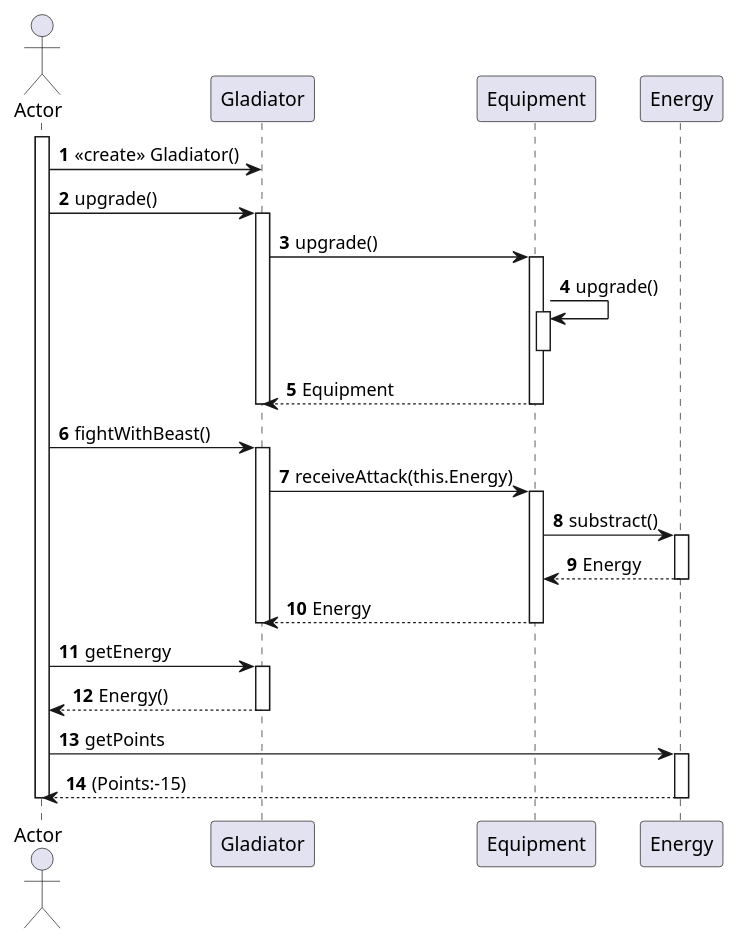
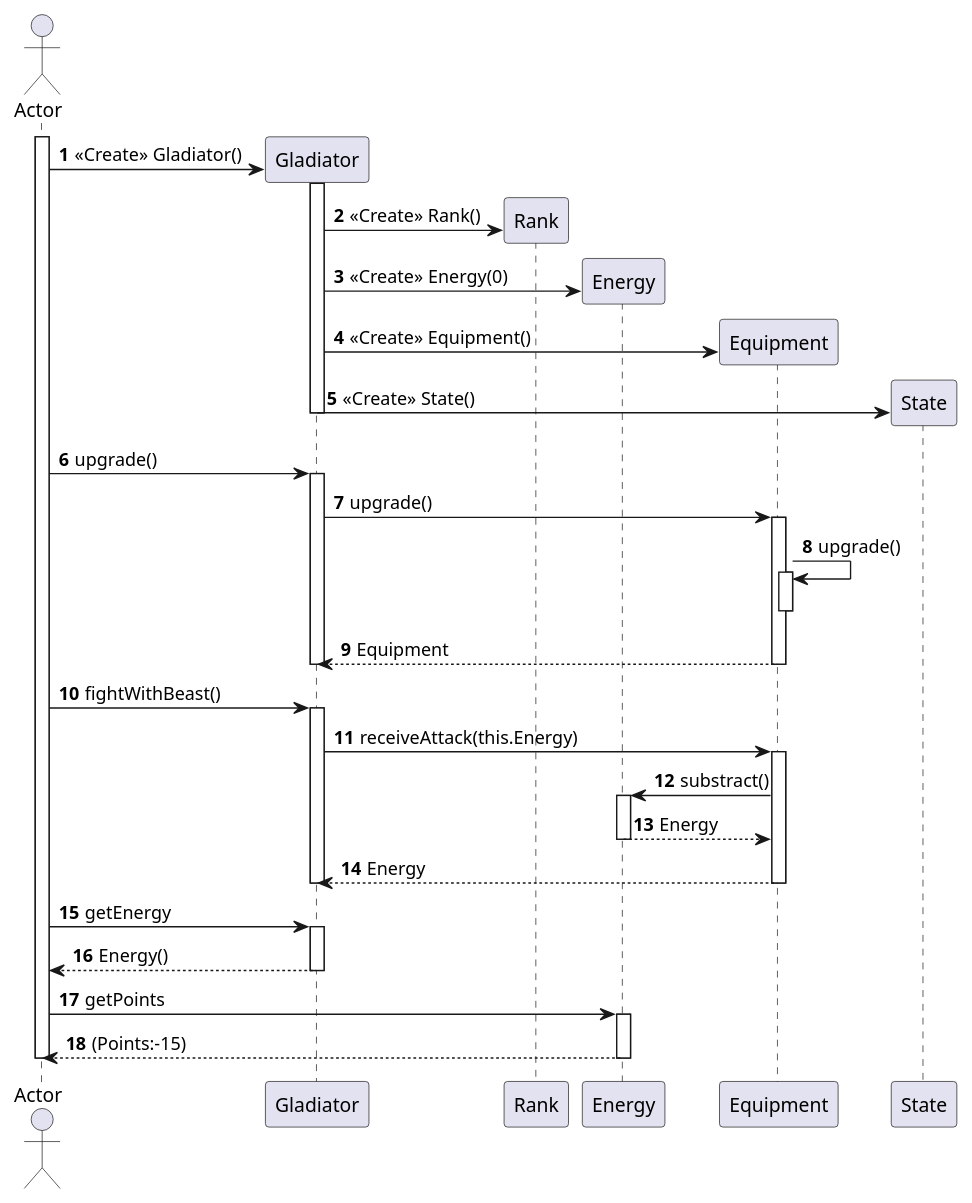
One commit to PabloGCH/tp2-algo3 changed the diagram in diagrams/sequences/useCase07.puml. Above: the diagram before and after it, drawn with PlantUML. The commit also changed 4 other files, not shown here.

```diff
--- a/diagrams/sequences/useCase07.puml
+++ b/diagrams/sequences/useCase07.puml
@@ -1,46 +1,58 @@
 @startuml
 'https://plantuml.com/sequence-diagram
 
 autonumber
 
 actor Actor
 
 activate Actor
-Actor -> Gladiator: <<create>> Gladiator()
+
+create Gladiator
+Actor -> Gladiator : <<Create>> Gladiator()
+activate Gladiator
+    create Rank
+    Gladiator -> Rank :  <<Create>> Rank() 
+    create Energy
+    Gladiator -> Energy : <<Create>> Energy(0)
+    create Equipment
+    Gladiator -> Equipment : <<Create>> Equipment()
+    Create State
+    Gladiator -> State : <<Create>> State()
+deactivate Gladiator
+
 Actor -> Gladiator: upgrade()
-
 activate Gladiator
     Gladiator -> Equipment: upgrade()   
     activate Equipment
         Equipment -> Equipment: upgrade()
         activate Equipment
         deactivate Equipment
         Equipment --> Gladiator: Equipment
     deactivate Equipment
 deactivate Gladiator
 
 Actor-> Gladiator: fightWithBeast()
 activate Gladiator
     Gladiator -> Equipment: receiveAttack(this.Energy)
     activate Equipment
         Equipment->Energy: substract()
         activate Energy
             Energy --> Equipment: Energy
         deactivate Energy
         Equipment --> Gladiator: Energy
     deactivate Equipment
 deactivate Gladiator
 
 Actor -> Gladiator : getEnergy
 activate Gladiator
     Gladiator --> Actor : Energy()
 deactivate Gladiator
 
 
 Actor -> Energy : getPoints
 activate Energy
     Energy --> Actor : (Points:-15)
 deactivate Energy
 
 deactivate Actor
 @enduml
```
